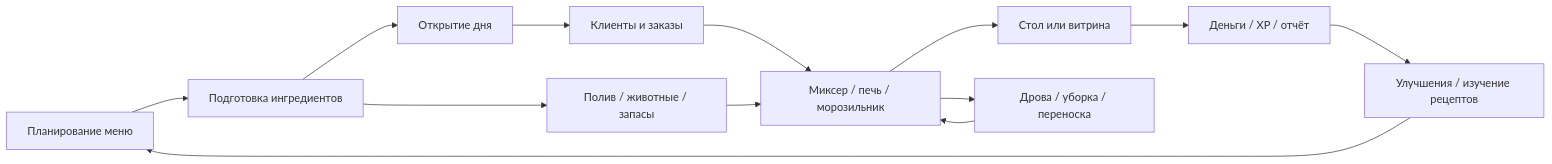
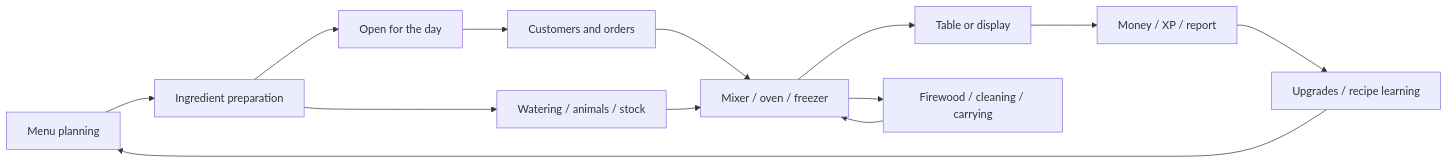
The diagram in Exeperience/LemonCake/SYSTEMS.md (etobaza/cake-game), drawn with Mermaid before and after one commit. The commit also changed other lines of this file and 18 other files, not shown here.

````diff
--- a/Exeperience/LemonCake/SYSTEMS.md
+++ b/Exeperience/LemonCake/SYSTEMS.md
@@ -9,15 +9,15 @@
 ```mermaid
 flowchart LR
-    A[Планирование меню] --> B[Подготовка ингредиентов]
-    B --> C[Открытие дня]
-    C --> D[Клиенты и заказы]
-    D --> E[Миксер / печь / морозильник]
-    E --> F[Стол или витрина]
-    F --> G[Деньги / XP / отчёт]
-    G --> H[Улучшения / изучение рецептов]
+    A[Menu planning] --> B[Ingredient preparation]
+    B --> C[Open for the day]
+    C --> D[Customers and orders]
+    D --> E[Mixer / oven / freezer]
+    E --> F[Table or display]
+    F --> G[Money / XP / report]
+    G --> H[Upgrades / recipe learning]
     H --> A
-    B --> I[Полив / животные / запасы]
-    E --> J[Дрова / уборка / переноска]
+    B --> I[Watering / animals / stock]
+    E --> J[Firewood / cleaning / carrying]
     I --> E
     J --> E
 ```
````
